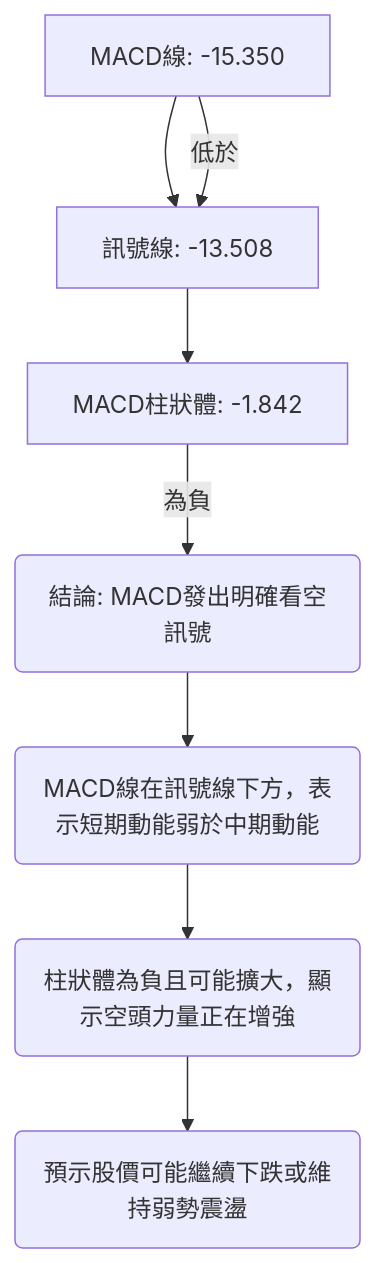
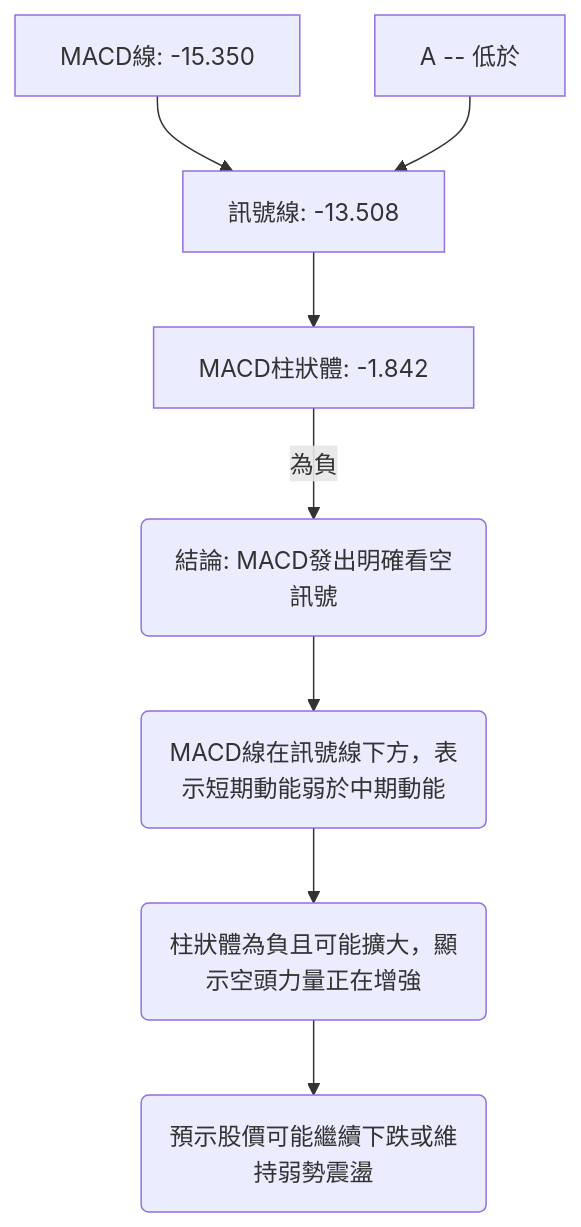
Before and after one commit to yennanliu/finance_data: the eighth of 13 diagrams in ai_gen_report/stock/meta/technical_analysis_2026-06-30_gemini.md, drawn with Mermaid. The commit also changed other lines of this file and 2258 other files, not shown here.

First line of the commit message:
chore: backfill Mermaid syntax repair across existing reports

````diff
--- a/ai_gen_report/stock/meta/technical_analysis_2026-06-30_gemini.md
+++ b/ai_gen_report/stock/meta/technical_analysis_2026-06-30_gemini.md
@@ -506,10 +506,10 @@
 ```mermaid
 graph TD
-    A[MACD線: -15.350] --> B[訊號線: -13.508]
-    A -- 低於 --> B
-    B --> C[MACD柱狀體: -1.842]
-    C -- 為負 --> D(結論: MACD發出明確看空訊號)
-    D --> E(MACD線在訊號線下方，表示短期動能弱於中期動能)
-    E --> F(柱狀體為負且可能擴大，顯示空頭力量正在增強)
-    F --> G(預示股價可能繼續下跌或維持弱勢震盪)
+    A["MACD線: -15.350"] --> B["訊號線: -13.508"]
+    nb1["A -- 低於"] --> B
+    B --> C["MACD柱狀體: -1.842"]
+    C -- 為負 --> D("結論: MACD發出明確看空訊號")
+    D --> E("MACD線在訊號線下方，表示短期動能弱於中期動能")
+    E --> F("柱狀體為負且可能擴大，顯示空頭力量正在增強")
+    F --> G("預示股價可能繼續下跌或維持弱勢震盪")
 ```
````
